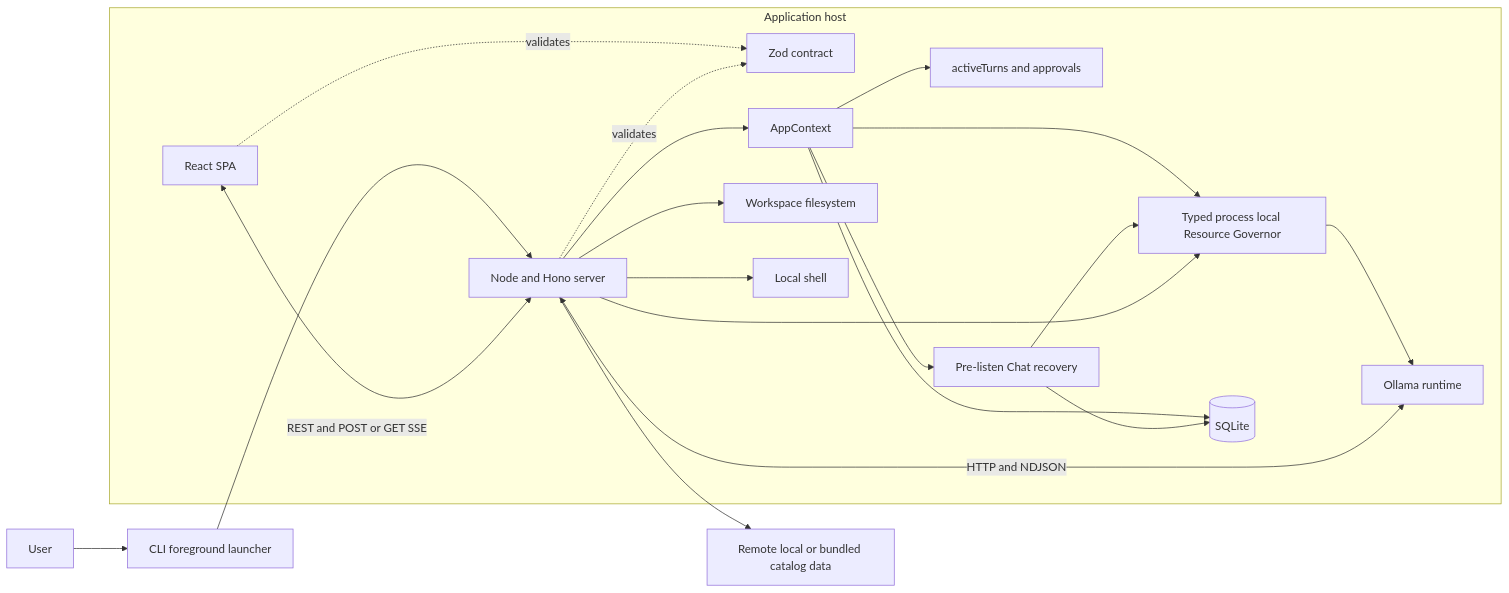
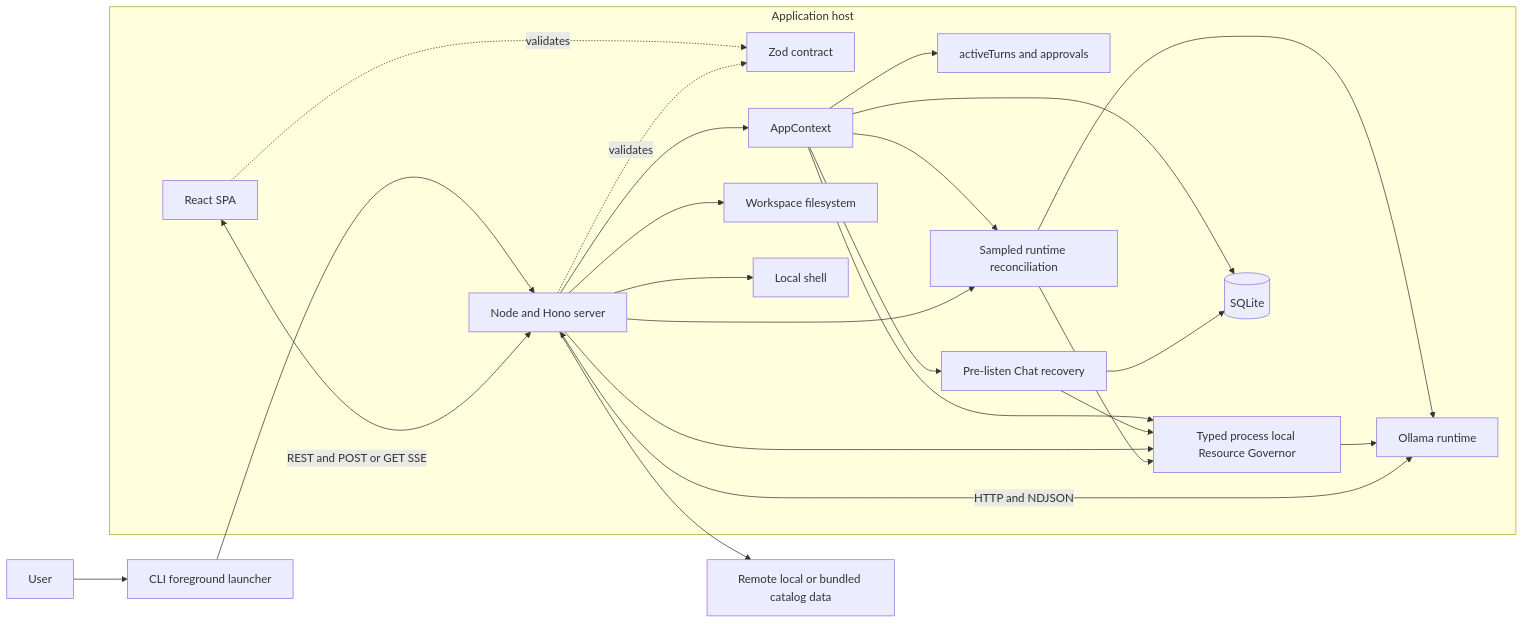
Before and after one commit to MattoYuzuru/Guanxi: the diagram in docs/architecture/diagrams/hld-system-as-is.mmd, drawn with Mermaid. The commit also changed 9 other files, not shown here.

```diff
--- a/docs/architecture/diagrams/hld-system-as-is.mmd
+++ b/docs/architecture/diagrams/hld-system-as-is.mmd
@@ -1,34 +1,39 @@
 flowchart LR
     User[User] --> CLI[CLI foreground launcher]
     CLI --> Server
 
     subgraph AppHost[Application host]
         Browser[React SPA]
         Server[Node and Hono server]
         Contract[Zod contract]
         Context[AppContext]
         Memory[activeTurns and approvals]
         Governor[Typed process local Resource Governor]
+        Runtime[Sampled runtime reconciliation]
         Recovery[Pre-listen Chat recovery]
         DB[(SQLite)]
         Files[Workspace filesystem]
         Shell[Local shell]
 
         Browser <-->|REST and POST or GET SSE| Server
         Browser -. validates .-> Contract
         Server -. validates .-> Contract
         Server --> Context
         Context --> Memory
         Context --> Governor
+        Context --> Runtime
         Context --> DB
         Context --> Recovery
         Recovery --> DB
         Recovery --> Governor
         Server --> Governor
+        Server --> Runtime
+        Runtime --> Governor
+        Runtime --> Ollama
         Governor --> Ollama
         Server --> Files
         Server --> Shell
     end
 
     Server <-->|HTTP and NDJSON| Ollama[Ollama runtime]
     Server --> Catalog[Remote local or bundled catalog data]
```
